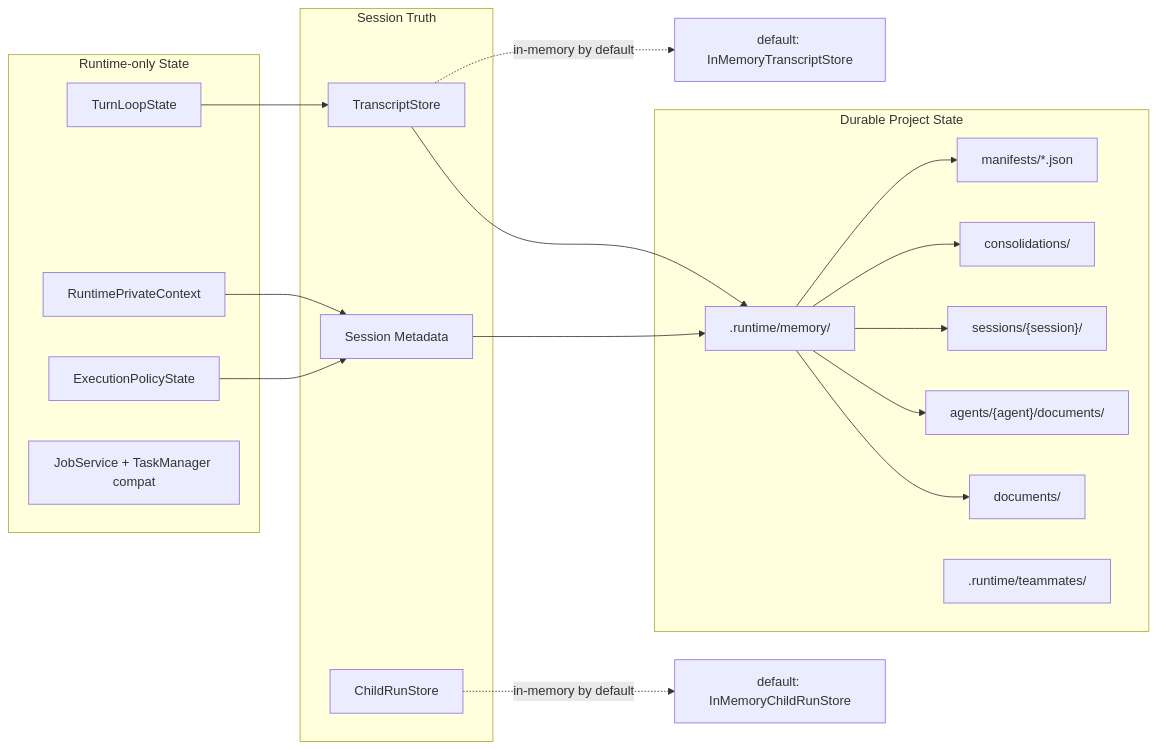
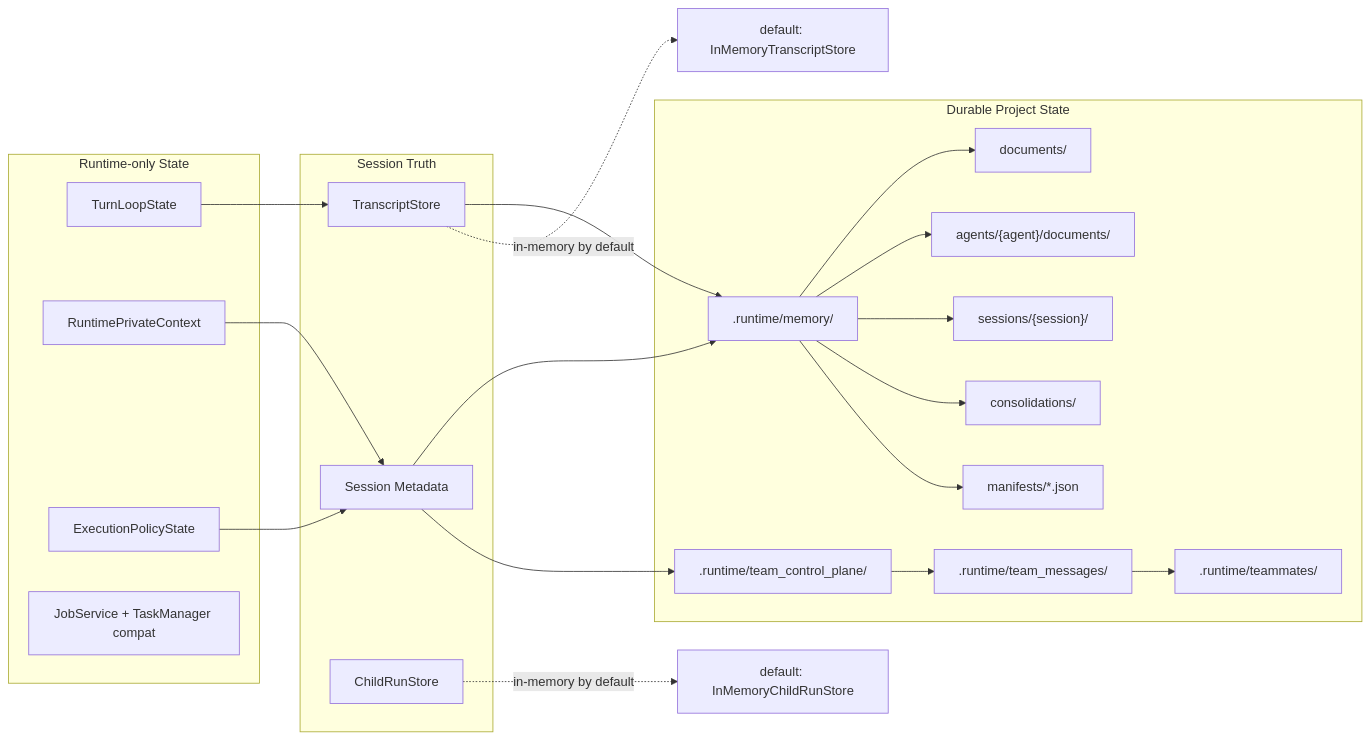
One commit to xyz2b/weave-ai-runtime changed the fourth of 5 diagrams in docs/current-system-architecture.md. Above: the diagram before and after it, drawn with Mermaid. The commit also changed other lines of this file and 16 other files, not shown here.

Commit message:
Add runtime team control plane

````diff
--- a/docs/current-system-architecture.md
+++ b/docs/current-system-architecture.md
@@ -844,41 +872,46 @@
 ```mermaid
 flowchart LR
     subgraph RuntimeState["Runtime-only State"]
         TurnState["TurnLoopState"]
         Private["RuntimePrivateContext"]
         Policy["ExecutionPolicyState"]
         Tasks["JobService + TaskManager compat"]
     end
 
     subgraph SessionState["Session Truth"]
         Transcript["TranscriptStore"]
         Metadata["Session Metadata"]
         ChildRuns["ChildRunStore"]
     end
 
     subgraph DurableState["Durable Project State"]
         MemoryRoot[".runtime/memory/"]
         LongTerm["documents/"]
         AgentNS["agents/{agent}/documents/"]
         SessionMem["sessions/{session}/"]
         Cons["consolidations/"]
         Manifests["manifests/*.json"]
+        TeamControl[".runtime/team_control_plane/"]
+        TeamBus[".runtime/team_messages/"]
         Mailbox[".runtime/teammates/"]
     end
 
     RunStoreDefault["default: InMemoryChildRunStore"]
     TranscriptDefault["default: InMemoryTranscriptStore"]
 
     TurnState --> Transcript
     Private --> Metadata
     Policy --> Metadata
     Transcript --> MemoryRoot
     Metadata --> MemoryRoot
     MemoryRoot --> LongTerm
     MemoryRoot --> AgentNS
     MemoryRoot --> SessionMem
     MemoryRoot --> Cons
     MemoryRoot --> Manifests
+    Metadata --> TeamControl
+    TeamControl --> TeamBus
+    TeamBus --> Mailbox
     ChildRuns -. in-memory by default .-> RunStoreDefault
     Transcript -. in-memory by default .-> TranscriptDefault
 ```
````
